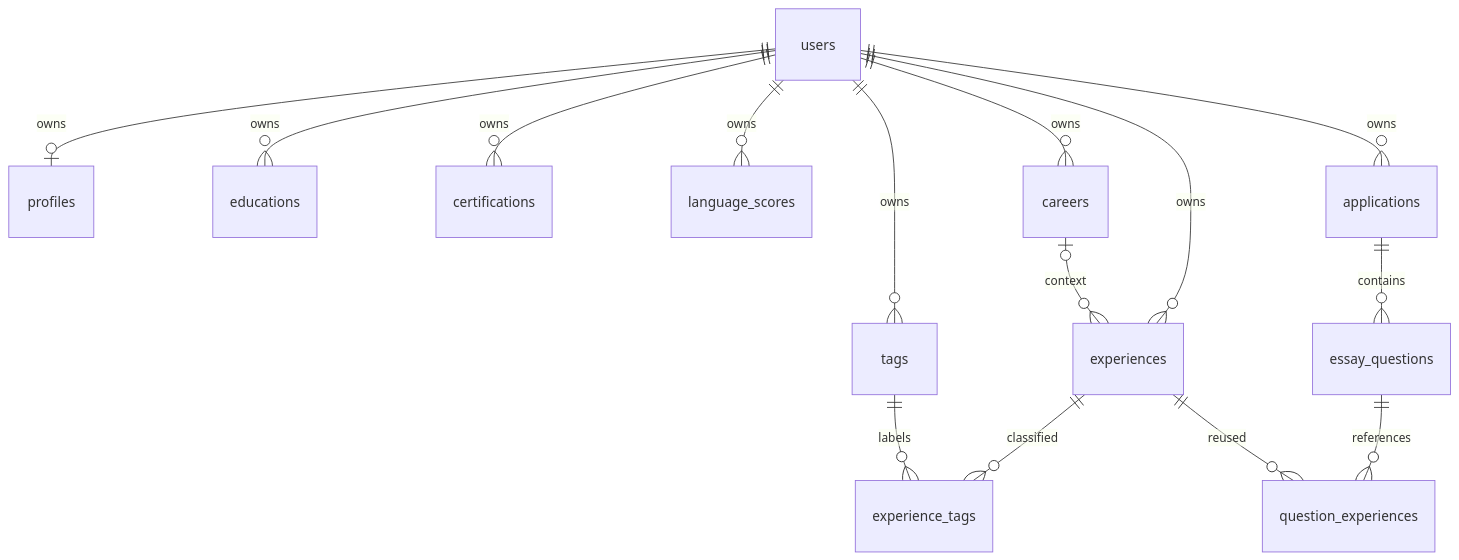
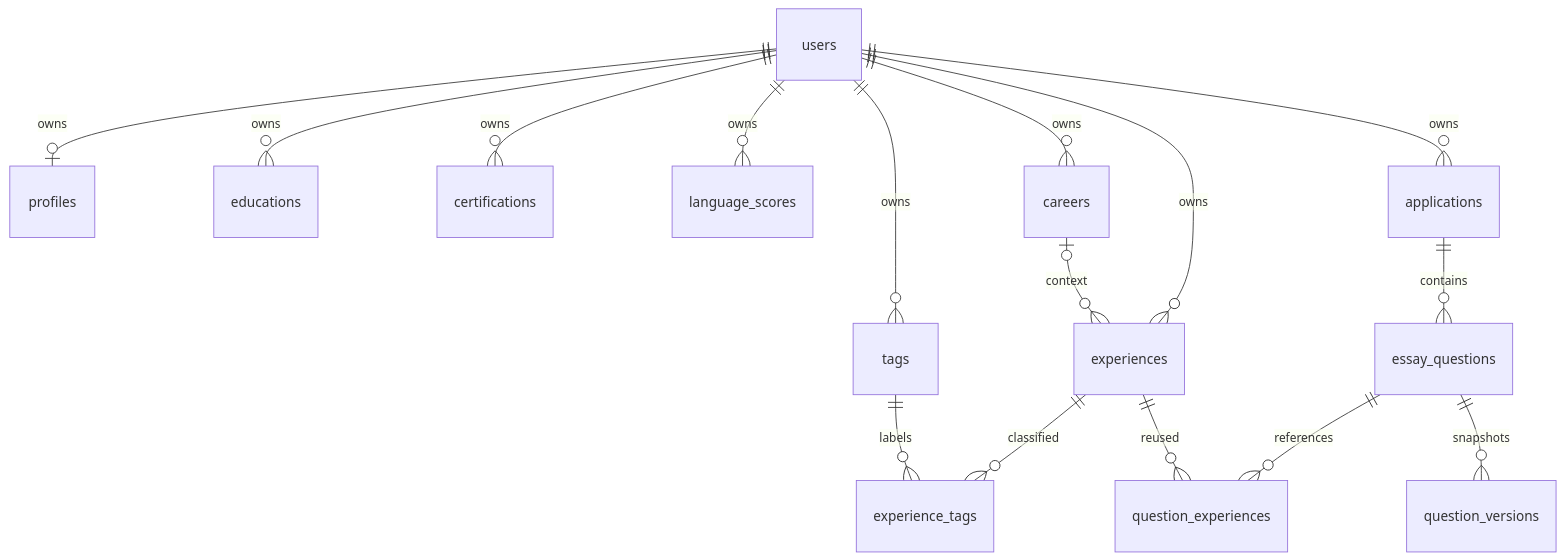
The diagram in docs/ssulap-design.md (skala-dg/ssulap), drawn with Mermaid before and after one commit. The commit also changed other lines of this file and 21 other files, not shown here.

````diff
--- a/docs/ssulap-design.md
+++ b/docs/ssulap-design.md
@@ -47,17 +48,18 @@
 ```mermaid
 erDiagram
     users ||--o| profiles : owns
     users ||--o{ educations : owns
     users ||--o{ certifications : owns
     users ||--o{ language_scores : owns
     users ||--o{ careers : owns
     users ||--o{ experiences : owns
     users ||--o{ tags : owns
     users ||--o{ applications : owns
     careers o|--o{ experiences : context
     experiences ||--o{ experience_tags : classified
     tags ||--o{ experience_tags : labels
     applications ||--o{ essay_questions : contains
+    essay_questions ||--o{ question_versions : snapshots
     essay_questions ||--o{ question_experiences : references
     experiences ||--o{ question_experiences : reused
 ```
````
